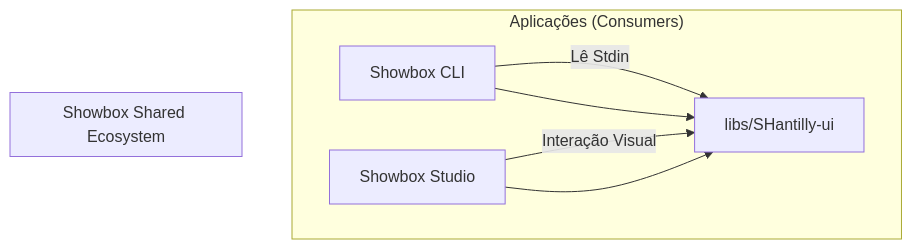
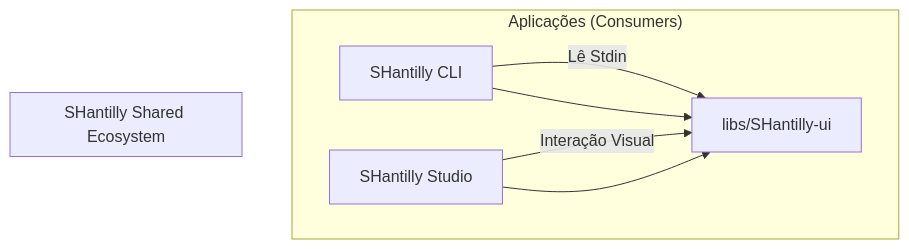
One commit to helton-godoy/SHantilly changed the diagram in docs/architecture/REFACTORING_STRATEGY.md. Above: the diagram before and after it, drawn with Mermaid. The commit also changed other lines of this file and 803 other files, not shown here.

Commit message:
chore: initialize SHantilly ecosystem (automation, docs, ci/cd)

````diff
--- a/docs/architecture/REFACTORING_STRATEGY.md
+++ b/docs/architecture/REFACTORING_STRATEGY.md
@@ -17,14 +17,14 @@
 ```mermaid
 graph TD
     subgraph "Aplicações (Consumers)"
-        CLI[Showbox CLI] -- Lê Stdin --> Lib
-        Studio[Showbox Studio] -- Interação Visual --> Lib
+        CLI[SHantilly CLI] -- Lê Stdin --> Lib
+        Studio[SHantilly Studio] -- Interação Visual --> Lib
     end
 
-    subgraph "Showbox Shared Ecosystem"
+    subgraph "SHantilly Shared Ecosystem"
         Lib[libs/SHantilly-ui]
     end
 
     CLI --> Lib
     Studio --> Lib
 ```
````
